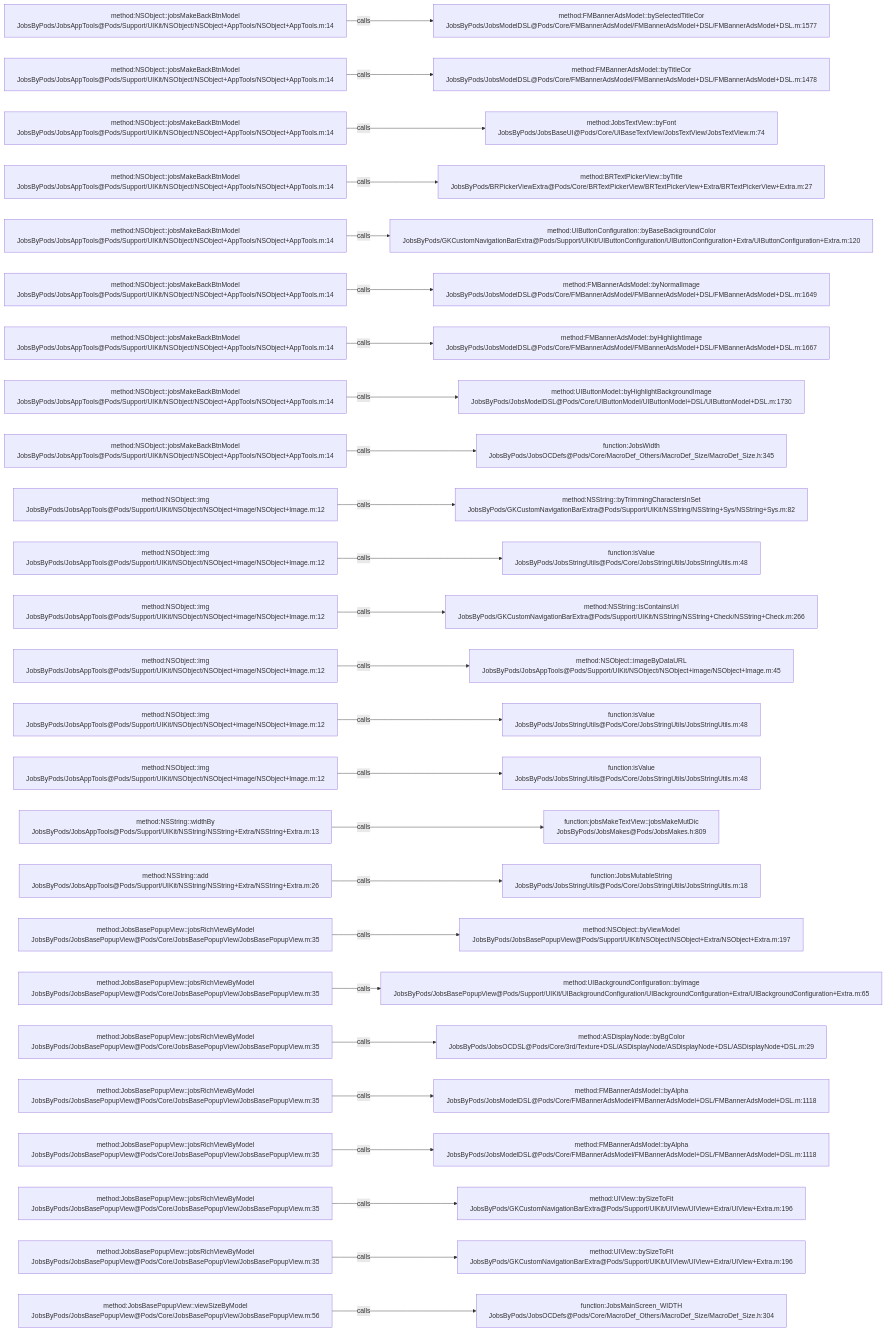
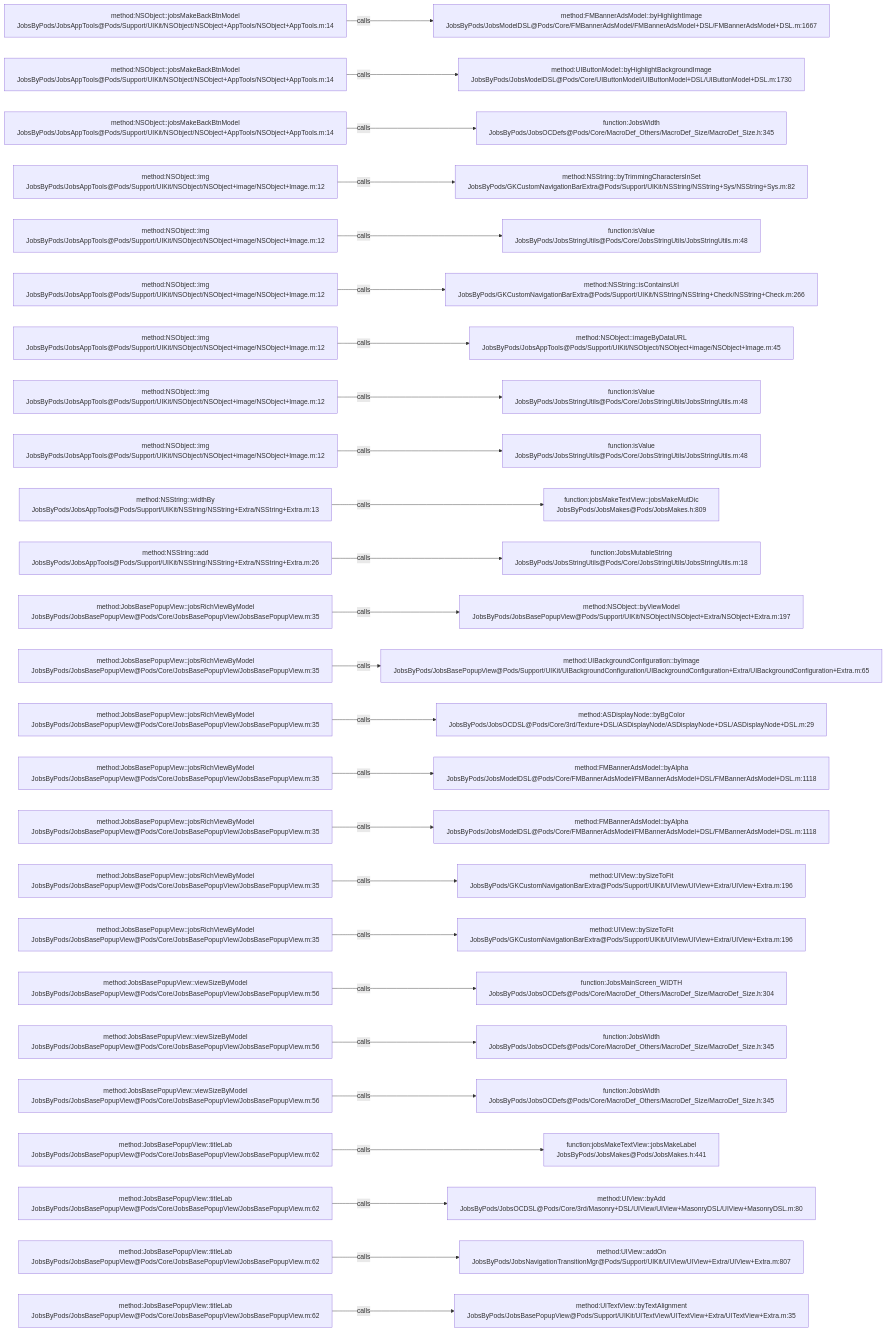
One commit to JobsKits/JobsOCBaseConfigDemo changed the diagram in .codegraph/codegraph.md/graphs/calls-196.md. Above: the diagram before and after it, drawn with Mermaid. The commit also changed 116 other files, not shown here.

````diff
--- a/.codegraph/codegraph.md/graphs/calls-196.md
+++ b/.codegraph/codegraph.md/graphs/calls-196.md
@@ -13,78 +13,78 @@
 ```mermaid
 flowchart LR
   S1["method:NSObject::jobsMakeBackBtnModel<br/>JobsByPods/JobsAppTools@Pods/Support/UIKit/NSObject/NSObject+AppTools/NSObject+AppTools.m:14"]
-  T1["method:FMBannerAdsModel::bySelectedTitleCor<br/>JobsByPods/JobsModelDSL@Pods/Core/FMBannerAdsModel/FMBannerAdsModel+DSL/FMBannerAdsModel+DSL.m:1577"]
+  T1["method:FMBannerAdsModel::byHighlightImage<br/>JobsByPods/JobsModelDSL@Pods/Core/FMBannerAdsModel/FMBannerAdsModel+DSL/FMBannerAdsModel+DSL.m:1667"]
   S1 -->|calls| T1
   S2["method:NSObject::jobsMakeBackBtnModel<br/>JobsByPods/JobsAppTools@Pods/Support/UIKit/NSObject/NSObject+AppTools/NSObject+AppTools.m:14"]
-  T2["method:FMBannerAdsModel::byTitleCor<br/>JobsByPods/JobsModelDSL@Pods/Core/FMBannerAdsModel/FMBannerAdsModel+DSL/FMBannerAdsModel+DSL.m:1478"]
+  T2["method:UIButtonModel::byHighlightBackgroundImage<br/>JobsByPods/JobsModelDSL@Pods/Core/UIButtonModel/UIButtonModel+DSL/UIButtonModel+DSL.m:1730"]
   S2 -->|calls| T2
   S3["method:NSObject::jobsMakeBackBtnModel<br/>JobsByPods/JobsAppTools@Pods/Support/UIKit/NSObject/NSObject+AppTools/NSObject+AppTools.m:14"]
-  T3["method:JobsTextView::byFont<br/>JobsByPods/JobsBaseUI@Pods/Core/UIBaseTextView/JobsTextView/JobsTextView.m:74"]
+  T3["function:JobsWidth<br/>JobsByPods/JobsOCDefs@Pods/Core/MacroDef_Others/MacroDef_Size/MacroDef_Size.h:345"]
   S3 -->|calls| T3
-  S4["method:NSObject::jobsMakeBackBtnModel<br/>JobsByPods/JobsAppTools@Pods/Support/UIKit/NSObject/NSObject+AppTools/NSObject+AppTools.m:14"]
-  T4["method:BRTextPickerView::byTitle<br/>JobsByPods/BRPickerViewExtra@Pods/Core/BRTextPickerView/BRTextPickerView+Extra/BRTextPickerView+Extra.m:27"]
+  S4["method:NSObject::img<br/>JobsByPods/JobsAppTools@Pods/Support/UIKit/NSObject/NSObject+image/NSObject+Image.m:12"]
+  T4["method:NSString::byTrimmingCharactersInSet<br/>JobsByPods/GKCustomNavigationBarExtra@Pods/Support/UIKit/NSString/NSString+Sys/NSString+Sys.m:82"]
   S4 -->|calls| T4
-  S5["method:NSObject::jobsMakeBackBtnModel<br/>JobsByPods/JobsAppTools@Pods/Support/UIKit/NSObject/NSObject+AppTools/NSObject+AppTools.m:14"]
-  T5["method:UIButtonConfiguration::byBaseBackgroundColor<br/>JobsByPods/GKCustomNavigationBarExtra@Pods/Support/UIKit/UIButtonConfiguration/UIButtonConfiguration+Extra/UIButtonConfiguration+Extra.m:120"]
+  S5["method:NSObject::img<br/>JobsByPods/JobsAppTools@Pods/Support/UIKit/NSObject/NSObject+image/NSObject+Image.m:12"]
+  T5["function:isValue<br/>JobsByPods/JobsStringUtils@Pods/Core/JobsStringUtils/JobsStringUtils.m:48"]
   S5 -->|calls| T5
-  S6["method:NSObject::jobsMakeBackBtnModel<br/>JobsByPods/JobsAppTools@Pods/Support/UIKit/NSObject/NSObject+AppTools/NSObject+AppTools.m:14"]
-  T6["method:FMBannerAdsModel::byNormalImage<br/>JobsByPods/JobsModelDSL@Pods/Core/FMBannerAdsModel/FMBannerAdsModel+DSL/FMBannerAdsModel+DSL.m:1649"]
+  S6["method:NSObject::img<br/>JobsByPods/JobsAppTools@Pods/Support/UIKit/NSObject/NSObject+image/NSObject+Image.m:12"]
+  T6["method:NSString::isContainsUrl<br/>JobsByPods/GKCustomNavigationBarExtra@Pods/Support/UIKit/NSString/NSString+Check/NSString+Check.m:266"]
   S6 -->|calls| T6
-  S7["method:NSObject::jobsMakeBackBtnModel<br/>JobsByPods/JobsAppTools@Pods/Support/UIKit/NSObject/NSObject+AppTools/NSObject+AppTools.m:14"]
-  T7["method:FMBannerAdsModel::byHighlightImage<br/>JobsByPods/JobsModelDSL@Pods/Core/FMBannerAdsModel/FMBannerAdsModel+DSL/FMBannerAdsModel+DSL.m:1667"]
+  S7["method:NSObject::img<br/>JobsByPods/JobsAppTools@Pods/Support/UIKit/NSObject/NSObject+image/NSObject+Image.m:12"]
+  T7["method:NSObject::imageByDataURL<br/>JobsByPods/JobsAppTools@Pods/Support/UIKit/NSObject/NSObject+image/NSObject+Image.m:45"]
   S7 -->|calls| T7
-  S8["method:NSObject::jobsMakeBackBtnModel<br/>JobsByPods/JobsAppTools@Pods/Support/UIKit/NSObject/NSObject+AppTools/NSObject+AppTools.m:14"]
-  T8["method:UIButtonModel::byHighlightBackgroundImage<br/>JobsByPods/JobsModelDSL@Pods/Core/UIButtonModel/UIButtonModel+DSL/UIButtonModel+DSL.m:1730"]
+  S8["method:NSObject::img<br/>JobsByPods/JobsAppTools@Pods/Support/UIKit/NSObject/NSObject+image/NSObject+Image.m:12"]
+  T8["function:isValue<br/>JobsByPods/JobsStringUtils@Pods/Core/JobsStringUtils/JobsStringUtils.m:48"]
   S8 -->|calls| T8
-  S9["method:NSObject::jobsMakeBackBtnModel<br/>JobsByPods/JobsAppTools@Pods/Support/UIKit/NSObject/NSObject+AppTools/NSObject+AppTools.m:14"]
-  T9["function:JobsWidth<br/>JobsByPods/JobsOCDefs@Pods/Core/MacroDef_Others/MacroDef_Size/MacroDef_Size.h:345"]
+  S9["method:NSObject::img<br/>JobsByPods/JobsAppTools@Pods/Support/UIKit/NSObject/NSObject+image/NSObject+Image.m:12"]
+  T9["function:isValue<br/>JobsByPods/JobsStringUtils@Pods/Core/JobsStringUtils/JobsStringUtils.m:48"]
   S9 -->|calls| T9
-  S10["method:NSObject::img<br/>JobsByPods/JobsAppTools@Pods/Support/UIKit/NSObject/NSObject+image/NSObject+Image.m:12"]
-  T10["method:NSString::byTrimmingCharactersInSet<br/>JobsByPods/GKCustomNavigationBarExtra@Pods/Support/UIKit/NSString/NSString+Sys/NSString+Sys.m:82"]
+  S10["method:NSString::widthBy<br/>JobsByPods/JobsAppTools@Pods/Support/UIKit/NSString/NSString+Extra/NSString+Extra.m:13"]
+  T10["function:jobsMakeTextView::jobsMakeMutDic<br/>JobsByPods/JobsMakes@Pods/JobsMakes.h:809"]
   S10 -->|calls| T10
-  S11["method:NSObject::img<br/>JobsByPods/JobsAppTools@Pods/Support/UIKit/NSObject/NSObject+image/NSObject+Image.m:12"]
-  T11["function:isValue<br/>JobsByPods/JobsStringUtils@Pods/Core/JobsStringUtils/JobsStringUtils.m:48"]
+  S11["method:NSString::add<br/>JobsByPods/JobsAppTools@Pods/Support/UIKit/NSString/NSString+Extra/NSString+Extra.m:26"]
+  T11["function:JobsMutableString<br/>JobsByPods/JobsStringUtils@Pods/Core/JobsStringUtils/JobsStringUtils.m:18"]
   S11 -->|calls| T11
-  S12["method:NSObject::img<br/>JobsByPods/JobsAppTools@Pods/Support/UIKit/NSObject/NSObject+image/NSObject+Image.m:12"]
-  T12["method:NSString::isContainsUrl<br/>JobsByPods/GKCustomNavigationBarExtra@Pods/Support/UIKit/NSString/NSString+Check/NSString+Check.m:266"]
+  S12["method:JobsBasePopupView::jobsRichViewByModel<br/>JobsByPods/JobsBasePopupView@Pods/Core/JobsBasePopupView/JobsBasePopupView.m:35"]
+  T12["method:NSObject::byViewModel<br/>JobsByPods/JobsBasePopupView@Pods/Support/UIKit/NSObject/NSObject+Extra/NSObject+Extra.m:197"]
   S12 -->|calls| T12
-  S13["method:NSObject::img<br/>JobsByPods/JobsAppTools@Pods/Support/UIKit/NSObject/NSObject+image/NSObject+Image.m:12"]
-  T13["method:NSObject::imageByDataURL<br/>JobsByPods/JobsAppTools@Pods/Support/UIKit/NSObject/NSObject+image/NSObject+Image.m:45"]
+  S13["method:JobsBasePopupView::jobsRichViewByModel<br/>JobsByPods/JobsBasePopupView@Pods/Core/JobsBasePopupView/JobsBasePopupView.m:35"]
+  T13["method:UIBackgroundConfiguration::byImage<br/>JobsByPods/JobsBasePopupView@Pods/Support/UIKit/UIBackgroundConfiguration/UIBackgroundConfiguration+Extra/UIBackgroundConfiguration+Extra.m:65"]
   S13 -->|calls| T13
-  S14["method:NSObject::img<br/>JobsByPods/JobsAppTools@Pods/Support/UIKit/NSObject/NSObject+image/NSObject+Image.m:12"]
-  T14["function:isValue<br/>JobsByPods/JobsStringUtils@Pods/Core/JobsStringUtils/JobsStringUtils.m:48"]
+  S14["method:JobsBasePopupView::jobsRichViewByModel<br/>JobsByPods/JobsBasePopupView@Pods/Core/JobsBasePopupView/JobsBasePopupView.m:35"]
+  T14["method:ASDisplayNode::byBgColor<br/>JobsByPods/JobsOCDSL@Pods/Core/3rd/Texture+DSL/ASDisplayNode/ASDisplayNode+DSL/ASDisplayNode+DSL.m:29"]
   S14 -->|calls| T14
-  S15["method:NSObject::img<br/>JobsByPods/JobsAppTools@Pods/Support/UIKit/NSObject/NSObject+image/NSObject+Image.m:12"]
-  T15["function:isValue<br/>JobsByPods/JobsStringUtils@Pods/Core/JobsStringUtils/JobsStringUtils.m:48"]
+  S15["method:JobsBasePopupView::jobsRichViewByModel<br/>JobsByPods/JobsBasePopupView@Pods/Core/JobsBasePopupView/JobsBasePopupView.m:35"]
+  T15["method:FMBannerAdsModel::byAlpha<br/>JobsByPods/JobsModelDSL@Pods/Core/FMBannerAdsModel/FMBannerAdsModel+DSL/FMBannerAdsModel+DSL.m:1118"]
   S15 -->|calls| T15
-  S16["method:NSString::widthBy<br/>JobsByPods/JobsAppTools@Pods/Support/UIKit/NSString/NSString+Extra/NSString+Extra.m:13"]
-  T16["function:jobsMakeTextView::jobsMakeMutDic<br/>JobsByPods/JobsMakes@Pods/JobsMakes.h:809"]
+  S16["method:JobsBasePopupView::jobsRichViewByModel<br/>JobsByPods/JobsBasePopupView@Pods/Core/JobsBasePopupView/JobsBasePopupView.m:35"]
+  T16["method:FMBannerAdsModel::byAlpha<br/>JobsByPods/JobsModelDSL@Pods/Core/FMBannerAdsModel/FMBannerAdsModel+DSL/FMBannerAdsModel+DSL.m:1118"]
   S16 -->|calls| T16
-  S17["method:NSString::add<br/>JobsByPods/JobsAppTools@Pods/Support/UIKit/NSString/NSString+Extra/NSString+Extra.m:26"]
-  T17["function:JobsMutableString<br/>JobsByPods/JobsStringUtils@Pods/Core/JobsStringUtils/JobsStringUtils.m:18"]
+  S17["method:JobsBasePopupView::jobsRichViewByModel<br/>JobsByPods/JobsBasePopupView@Pods/Core/JobsBasePopupView/JobsBasePopupView.m:35"]
+  T17["method:UIView::bySizeToFit<br/>JobsByPods/GKCustomNavigationBarExtra@Pods/Support/UIKit/UIView/UIView+Extra/UIView+Extra.m:196"]
   S17 -->|calls| T17
   S18["method:JobsBasePopupView::jobsRichViewByModel<br/>JobsByPods/JobsBasePopupView@Pods/Core/JobsBasePopupView/JobsBasePopupView.m:35"]
-  T18["method:NSObject::byViewModel<br/>JobsByPods/JobsBasePopupView@Pods/Support/UIKit/NSObject/NSObject+Extra/NSObject+Extra.m:197"]
+  T18["method:UIView::bySizeToFit<br/>JobsByPods/GKCustomNavigationBarExtra@Pods/Support/UIKit/UIView/UIView+Extra/UIView+Extra.m:196"]
   S18 -->|calls| T18
-  S19["method:JobsBasePopupView::jobsRichViewByModel<br/>JobsByPods/JobsBasePopupView@Pods/Core/JobsBasePopupView/JobsBasePopupView.m:35"]
-  T19["method:UIBackgroundConfiguration::byImage<br/>JobsByPods/JobsBasePopupView@Pods/Support/UIKit/UIBackgroundConfiguration/UIBackgroundConfiguration+Extra/UIBackgroundConfiguration+Extra.m:65"]
+  S19["method:JobsBasePopupView::viewSizeByModel<br/>JobsByPods/JobsBasePopupView@Pods/Core/JobsBasePopupView/JobsBasePopupView.m:56"]
+  T19["function:JobsMainScreen_WIDTH<br/>JobsByPods/JobsOCDefs@Pods/Core/MacroDef_Others/MacroDef_Size/MacroDef_Size.h:304"]
   S19 -->|calls| T19
-  S20["method:JobsBasePopupView::jobsRichViewByModel<br/>JobsByPods/JobsBasePopupView@Pods/Core/JobsBasePopupView/JobsBasePopupView.m:35"]
-  T20["method:ASDisplayNode::byBgColor<br/>JobsByPods/JobsOCDSL@Pods/Core/3rd/Texture+DSL/ASDisplayNode/ASDisplayNode+DSL/ASDisplayNode+DSL.m:29"]
+  S20["method:JobsBasePopupView::viewSizeByModel<br/>JobsByPods/JobsBasePopupView@Pods/Core/JobsBasePopupView/JobsBasePopupView.m:56"]
+  T20["function:JobsWidth<br/>JobsByPods/JobsOCDefs@Pods/Core/MacroDef_Others/MacroDef_Size/MacroDef_Size.h:345"]
   S20 -->|calls| T20
-  S21["method:JobsBasePopupView::jobsRichViewByModel<br/>JobsByPods/JobsBasePopupView@Pods/Core/JobsBasePopupView/JobsBasePopupView.m:35"]
-  T21["method:FMBannerAdsModel::byAlpha<br/>JobsByPods/JobsModelDSL@Pods/Core/FMBannerAdsModel/FMBannerAdsModel+DSL/FMBannerAdsModel+DSL.m:1118"]
+  S21["method:JobsBasePopupView::viewSizeByModel<br/>JobsByPods/JobsBasePopupView@Pods/Core/JobsBasePopupView/JobsBasePopupView.m:56"]
+  T21["function:JobsWidth<br/>JobsByPods/JobsOCDefs@Pods/Core/MacroDef_Others/MacroDef_Size/MacroDef_Size.h:345"]
   S21 -->|calls| T21
-  S22["method:JobsBasePopupView::jobsRichViewByModel<br/>JobsByPods/JobsBasePopupView@Pods/Core/JobsBasePopupView/JobsBasePopupView.m:35"]
-  T22["method:FMBannerAdsModel::byAlpha<br/>JobsByPods/JobsModelDSL@Pods/Core/FMBannerAdsModel/FMBannerAdsModel+DSL/FMBannerAdsModel+DSL.m:1118"]
+  S22["method:JobsBasePopupView::titleLab<br/>JobsByPods/JobsBasePopupView@Pods/Core/JobsBasePopupView/JobsBasePopupView.m:62"]
+  T22["function:jobsMakeTextView::jobsMakeLabel<br/>JobsByPods/JobsMakes@Pods/JobsMakes.h:441"]
   S22 -->|calls| T22
-  S23["method:JobsBasePopupView::jobsRichViewByModel<br/>JobsByPods/JobsBasePopupView@Pods/Core/JobsBasePopupView/JobsBasePopupView.m:35"]
-  T23["method:UIView::bySizeToFit<br/>JobsByPods/GKCustomNavigationBarExtra@Pods/Support/UIKit/UIView/UIView+Extra/UIView+Extra.m:196"]
+  S23["method:JobsBasePopupView::titleLab<br/>JobsByPods/JobsBasePopupView@Pods/Core/JobsBasePopupView/JobsBasePopupView.m:62"]
+  T23["method:UIView::byAdd<br/>JobsByPods/JobsOCDSL@Pods/Core/3rd/Masonry+DSL/UIView/UIView+MasonryDSL/UIView+MasonryDSL.m:80"]
   S23 -->|calls| T23
-  S24["method:JobsBasePopupView::jobsRichViewByModel<br/>JobsByPods/JobsBasePopupView@Pods/Core/JobsBasePopupView/JobsBasePopupView.m:35"]
-  T24["method:UIView::bySizeToFit<br/>JobsByPods/GKCustomNavigationBarExtra@Pods/Support/UIKit/UIView/UIView+Extra/UIView+Extra.m:196"]
+  S24["method:JobsBasePopupView::titleLab<br/>JobsByPods/JobsBasePopupView@Pods/Core/JobsBasePopupView/JobsBasePopupView.m:62"]
+  T24["method:UIView::addOn<br/>JobsByPods/JobsNavigationTransitionMgr@Pods/Support/UIKit/UIView/UIView+Extra/UIView+Extra.m:807"]
   S24 -->|calls| T24
-  S25["method:JobsBasePopupView::viewSizeByModel<br/>JobsByPods/JobsBasePopupView@Pods/Core/JobsBasePopupView/JobsBasePopupView.m:56"]
-  T25["function:JobsMainScreen_WIDTH<br/>JobsByPods/JobsOCDefs@Pods/Core/MacroDef_Others/MacroDef_Size/MacroDef_Size.h:304"]
+  S25["method:JobsBasePopupView::titleLab<br/>JobsByPods/JobsBasePopupView@Pods/Core/JobsBasePopupView/JobsBasePopupView.m:62"]
+  T25["method:UITextView::byTextAlignment<br/>JobsByPods/JobsBasePopupView@Pods/Support/UIKit/UITextView/UITextView+Extra/UITextView+Extra.m:35"]
   S25 -->|calls| T25
 ```
````
